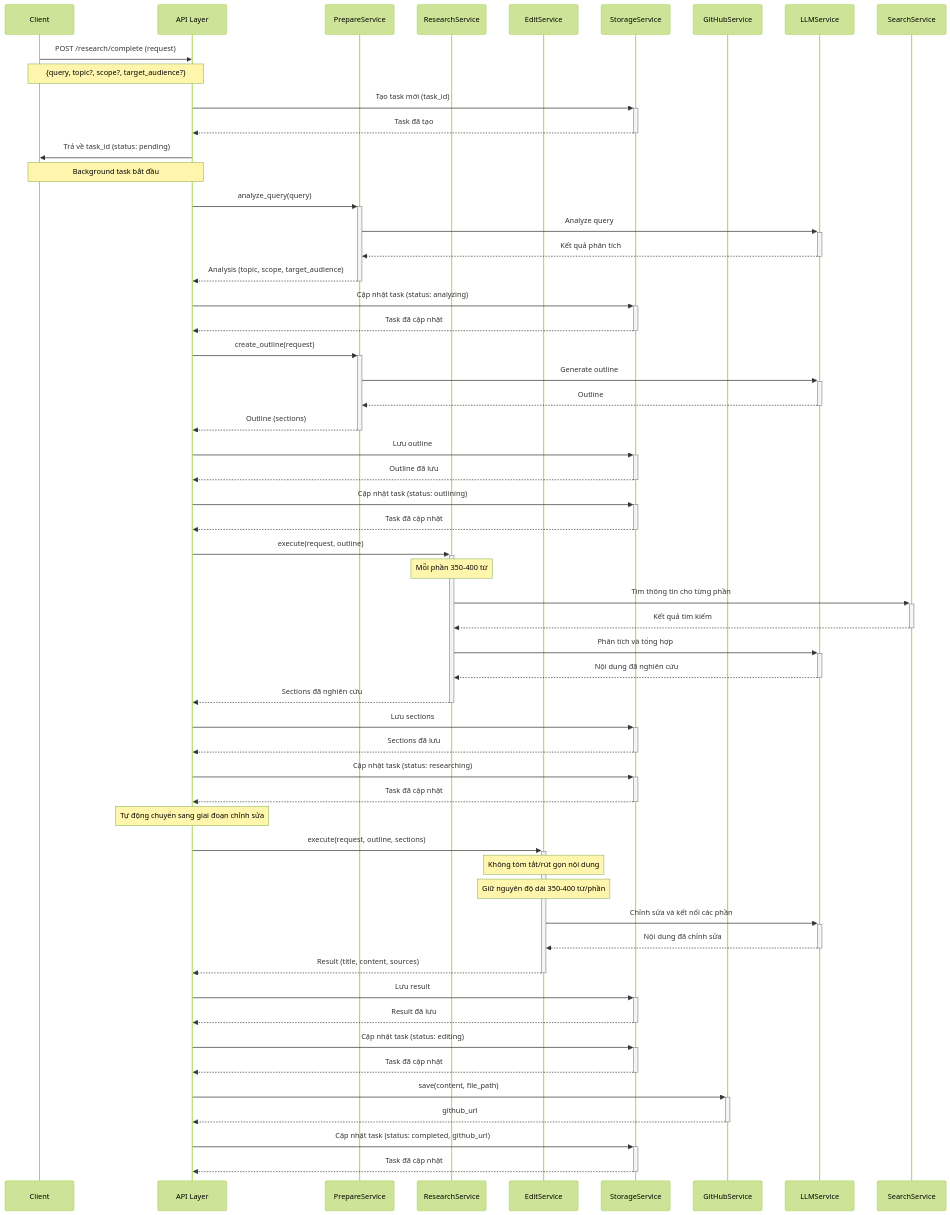
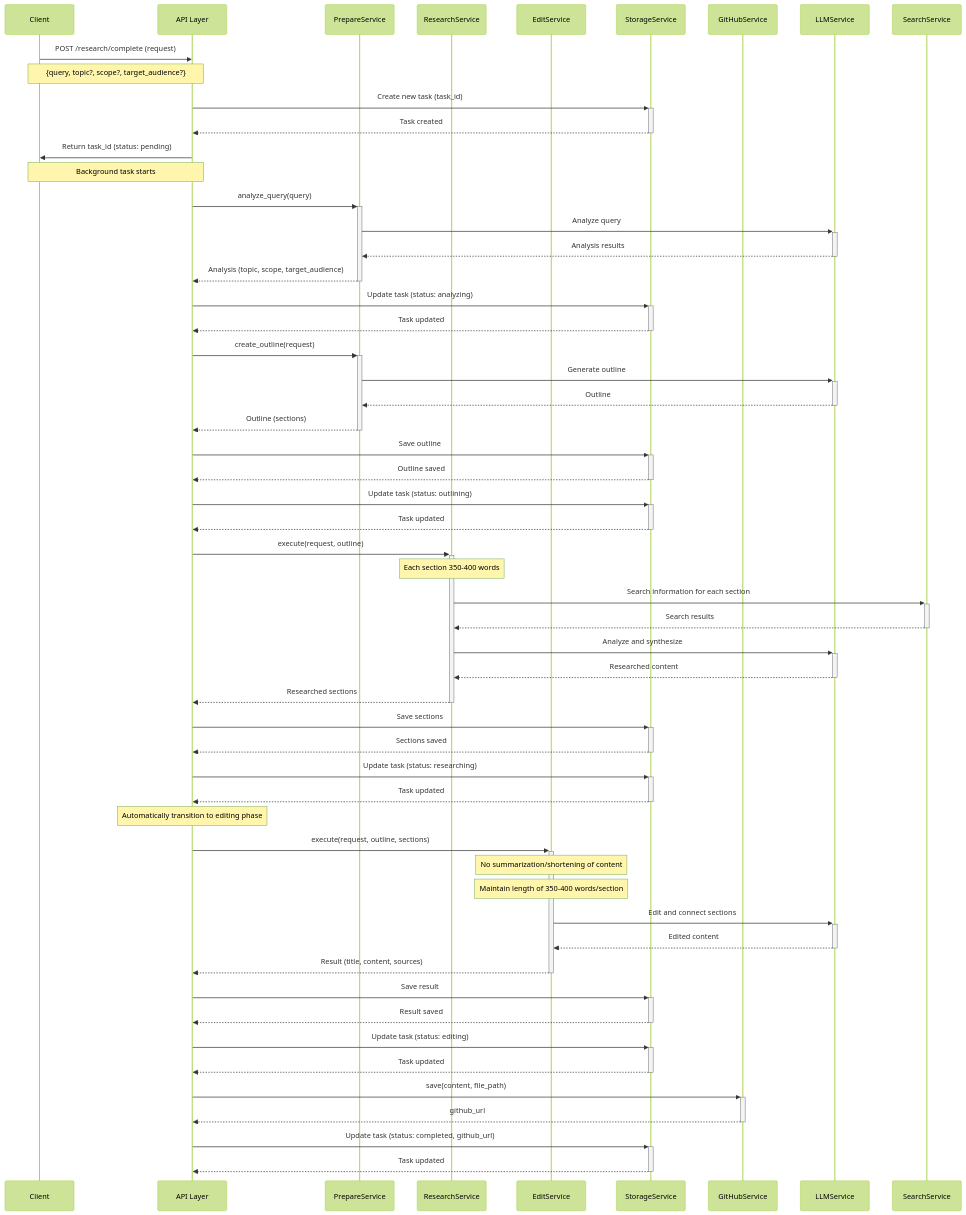
Before and after one commit to phuc-nt/deep-research-agent-python: the first of 3 diagrams in docs/api.md, drawn with Mermaid (forest theme). The commit also changed other lines of this file and 5 other files, not shown here.

````diff
--- a/docs/api.md
+++ b/docs/api.md
@@ -31,75 +31,75 @@
 ```mermaid
 sequenceDiagram
     participant Client
     participant API as API Layer
     participant PrepareService
     participant ResearchService
     participant EditService
     participant StorageService
     participant GitHubService
     participant LLMService
     participant SearchService
     
     Client->>API: POST /research/complete (request)
     Note over Client,API: {query, topic?, scope?, target_audience?}
     
-    API->>+StorageService: Tạo task mới (task_id)
-    StorageService-->>-API: Task đã tạo
+    API->>+StorageService: Create new task (task_id)
+    StorageService-->>-API: Task created
     
-    API->>Client: Trả về task_id (status: pending)
-    Note over API,Client: Background task bắt đầu
+    API->>Client: Return task_id (status: pending)
+    Note over API,Client: Background task starts
     
     API->>+PrepareService: analyze_query(query)
     PrepareService->>+LLMService: Analyze query
-    LLMService-->>-PrepareService: Kết quả phân tích
+    LLMService-->>-PrepareService: Analysis results
     PrepareService-->>-API: Analysis (topic, scope, target_audience)
     
-    API->>+StorageService: Cập nhật task (status: analyzing)
-    StorageService-->>-API: Task đã cập nhật
+    API->>+StorageService: Update task (status: analyzing)
+    StorageService-->>-API: Task updated
     
     API->>+PrepareService: create_outline(request)
     PrepareService->>+LLMService: Generate outline
     LLMService-->>-PrepareService: Outline
     PrepareService-->>-API: Outline (sections)
     
-    API->>+StorageService: Lưu outline
-    StorageService-->>-API: Outline đã lưu
+    API->>+StorageService: Save outline
+    StorageService-->>-API: Outline saved
     
-    API->>+StorageService: Cập nhật task (status: outlining)
-    StorageService-->>-API: Task đã cập nhật
+    API->>+StorageService: Update task (status: outlining)
+    StorageService-->>-API: Task updated
     
     API->>+ResearchService: execute(request, outline)
-    Note over ResearchService: Mỗi phần 350-400 từ
-    ResearchService->>+SearchService: Tìm thông tin cho từng phần
-    SearchService-->>-ResearchService: Kết quả tìm kiếm
-    ResearchService->>+LLMService: Phân tích và tổng hợp
-    LLMService-->>-ResearchService: Nội dung đã nghiên cứu
-    ResearchService-->>-API: Sections đã nghiên cứu
+    Note over ResearchService: Each section 350-400 words
+    ResearchService->>+SearchService: Search information for each section
+    SearchService-->>-ResearchService: Search results
+    ResearchService->>+LLMService: Analyze and synthesize
+    LLMService-->>-ResearchService: Researched content
+    ResearchService-->>-API: Researched sections
     
-    API->>+StorageService: Lưu sections
-    StorageService-->>-API: Sections đã lưu
+    API->>+StorageService: Save sections
+    StorageService-->>-API: Sections saved
     
-    API->>+StorageService: Cập nhật task (status: researching)
-    StorageService-->>-API: Task đã cập nhật
+    API->>+StorageService: Update task (status: researching)
+    StorageService-->>-API: Task updated
     
-    Note over API: Tự động chuyển sang giai đoạn chỉnh sửa
+    Note over API: Automatically transition to editing phase
     
     API->>+EditService: execute(request, outline, sections)
-    Note over EditService: Không tóm tắt/rút gọn nội dung
-    Note over EditService: Giữ nguyên độ dài 350-400 từ/phần
-    EditService->>+LLMService: Chỉnh sửa và kết nối các phần
-    LLMService-->>-EditService: Nội dung đã chỉnh sửa
+    Note over EditService: No summarization/shortening of content
+    Note over EditService: Maintain length of 350-400 words/section
+    EditService->>+LLMService: Edit and connect sections
+    LLMService-->>-EditService: Edited content
     EditService-->>-API: Result (title, content, sources)
     
-    API->>+StorageService: Lưu result
-    StorageService-->>-API: Result đã lưu
+    API->>+StorageService: Save result
+    StorageService-->>-API: Result saved
     
-    API->>+StorageService: Cập nhật task (status: editing)
-    StorageService-->>-API: Task đã cập nhật
+    API->>+StorageService: Update task (status: editing)
+    StorageService-->>-API: Task updated
     
     API->>+GitHubService: save(content, file_path)
     GitHubService-->>-API: github_url
     
-    API->>+StorageService: Cập nhật task (status: completed, github_url)
-    StorageService-->>-API: Task đã cập nhật
+    API->>+StorageService: Update task (status: completed, github_url)
+    StorageService-->>-API: Task updated
 ```
````
